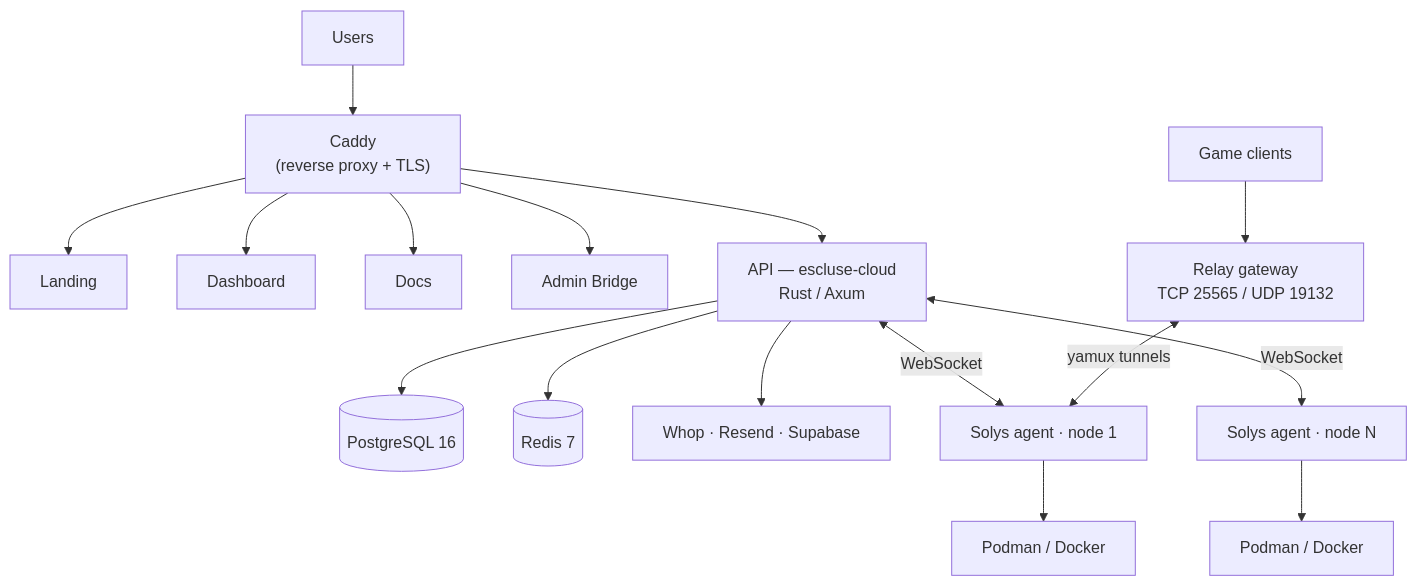
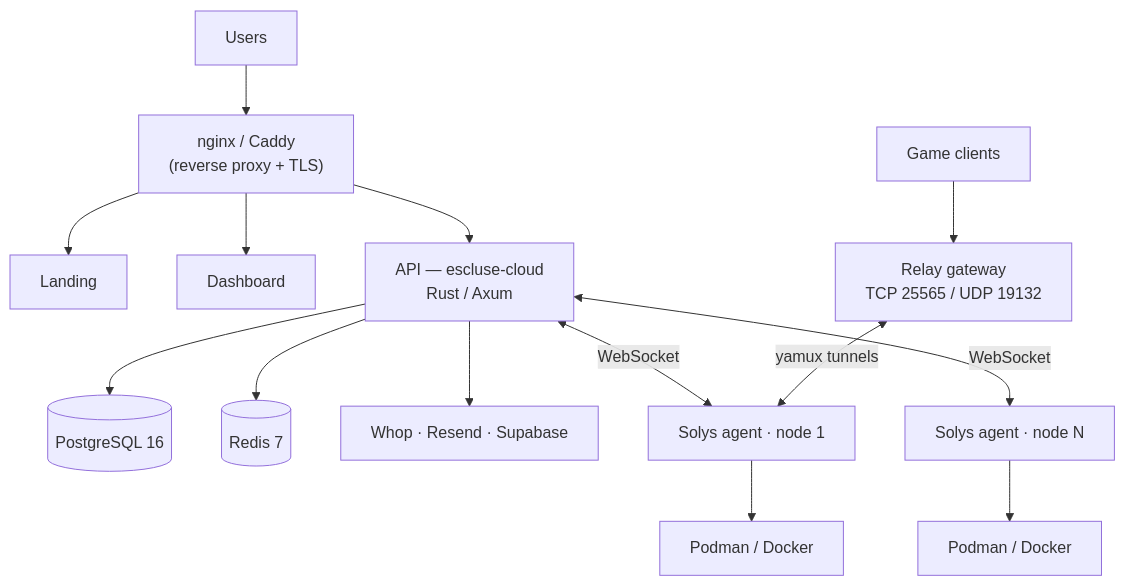
One commit to esclusehq/.github changed the diagram in profile/README.md. Above: the diagram before and after it, drawn with Mermaid. The commit also changed other lines of this file, not shown here.

````diff
--- a/profile/README.md
+++ b/profile/README.md
@@ -28,21 +25,19 @@
 ```mermaid
 graph TD
-  U["Users"] --> CADDY["Caddy<br/>(reverse proxy + TLS)"]
-  CADDY --> LANDING["Landing"]
-  CADDY --> APP["Dashboard"]
-  CADDY --> DOCS["Docs"]
-  CADDY --> BRIDGE["Admin Bridge"]
-  CADDY --> API["API — escluse-cloud<br/>Rust / Axum"]
+  U["Users"] --> PROXY["nginx / Caddy<br/>(reverse proxy + TLS)"]
+  PROXY --> LANDING["Landing"]
+  PROXY --> APP["Dashboard"]
+  PROXY --> API["API — escluse-cloud<br/>Rust / Axum"]
 
   API --> PG[("PostgreSQL 16")]
   API --> RD[("Redis 7")]
   API --> EXT["Whop · Resend · Supabase"]
 
   API <-- "WebSocket" --> A1["Solys agent · node 1"]
   API <-- "WebSocket" --> A2["Solys agent · node N"]
   A1 --> RT1["Podman / Docker"]
   A2 --> RT2["Podman / Docker"]
 
   PLAYERS["Game clients"] --> RELAY["Relay gateway<br/>TCP 25565 / UDP 19132"]
   RELAY <-- "yamux tunnels" --> A1
 ```
````
